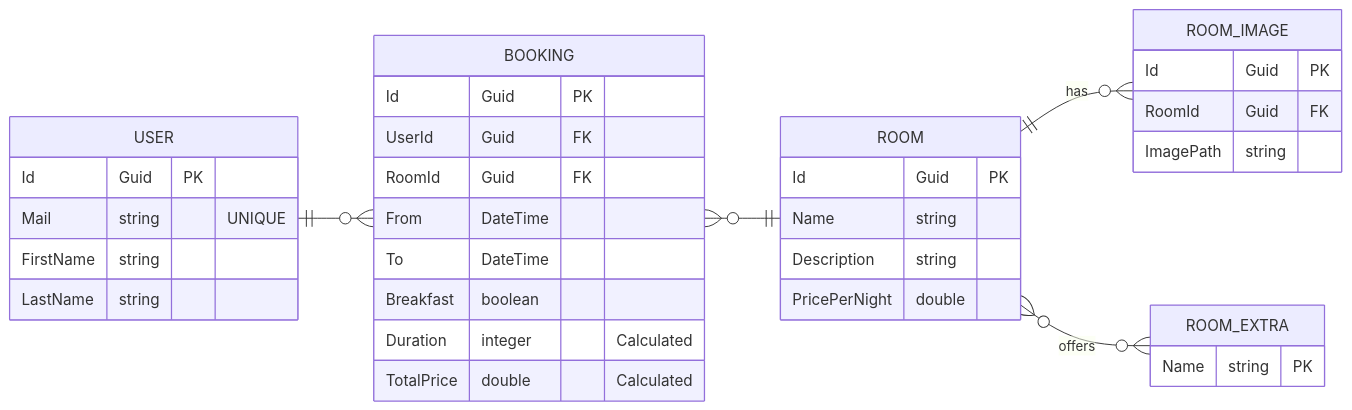
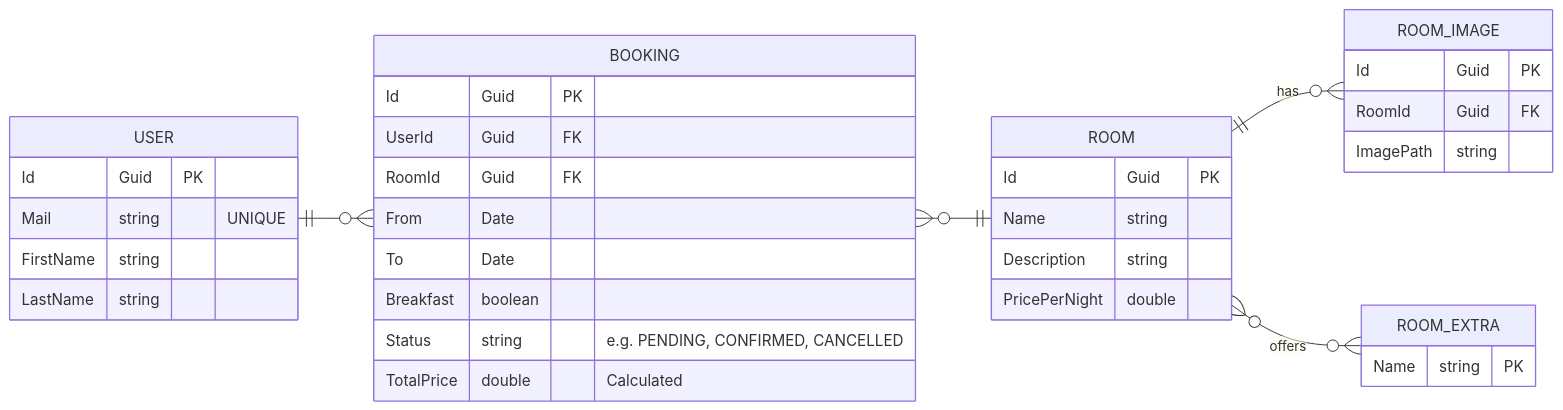
One commit to lammer-fh/semester-project-2026-mse26_team_teamarbeit changed the diagram in Documentation/DB_Design.md. Above: the diagram before and after it, drawn with Mermaid. The commit also changed 1 other file, not shown here.

Commit message:
AI Checked DB_Design

````diff
--- a/Documentation/DB_Design.md
+++ b/Documentation/DB_Design.md
@@ -1,38 +1,38 @@
 ```mermaid
     erDiagram
         direction LR
         USER ||--o{ BOOKING: ""
         BOOKING }o--|| ROOM: ""
         ROOM ||--o{ ROOM_IMAGE: "has"
         ROOM }o--o{ ROOM_EXTRA: "offers"
         USER {
             Id Guid PK
             Mail string "UNIQUE"
             FirstName string
             LastName string
         }
         BOOKING {
             Id Guid PK
             UserId Guid FK
             RoomId Guid FK
-            From DateTime
-            To DateTime
+            From Date
+            To Date
             Breakfast boolean
-            Duration integer "Calculated"
+            Status string "e.g. PENDING, CONFIRMED, CANCELLED"
             TotalPrice double "Calculated"
         }
         ROOM {
             Id Guid PK
             Name string
             Description string
             PricePerNight double
         }
         ROOM_IMAGE {
             Id Guid PK
             RoomId Guid FK
             ImagePath string
         }
         ROOM_EXTRA {
             Name string PK
         }
 ```
````
